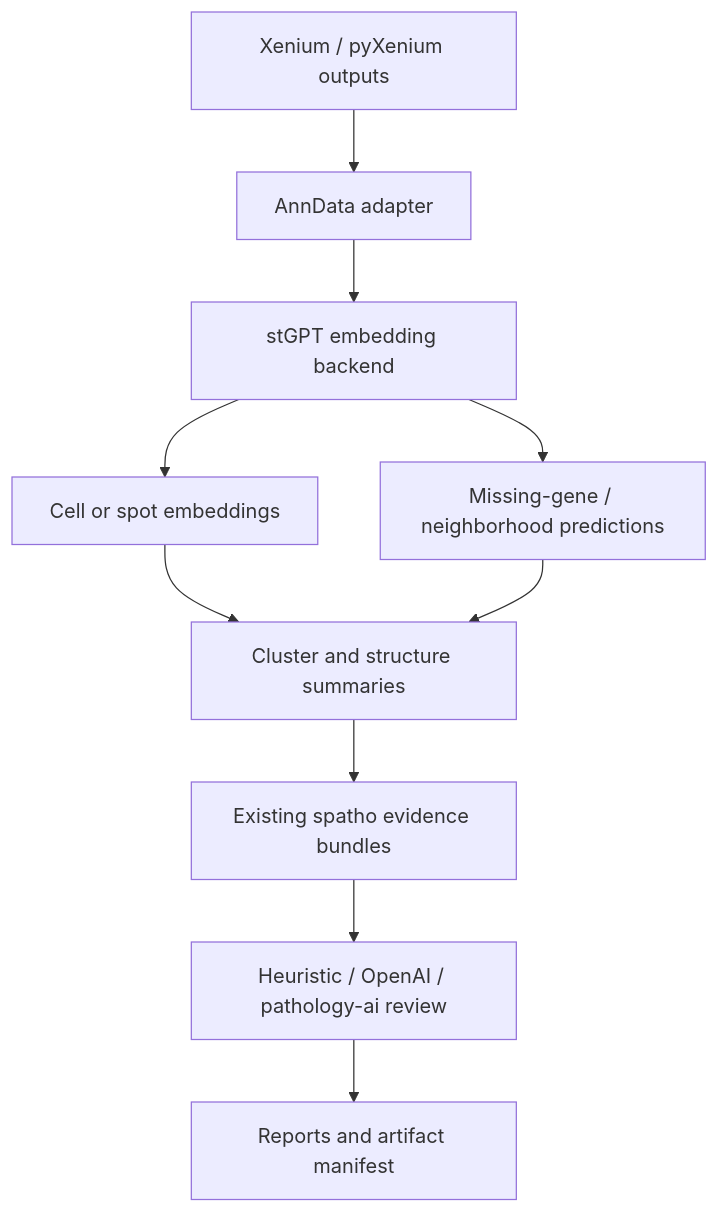
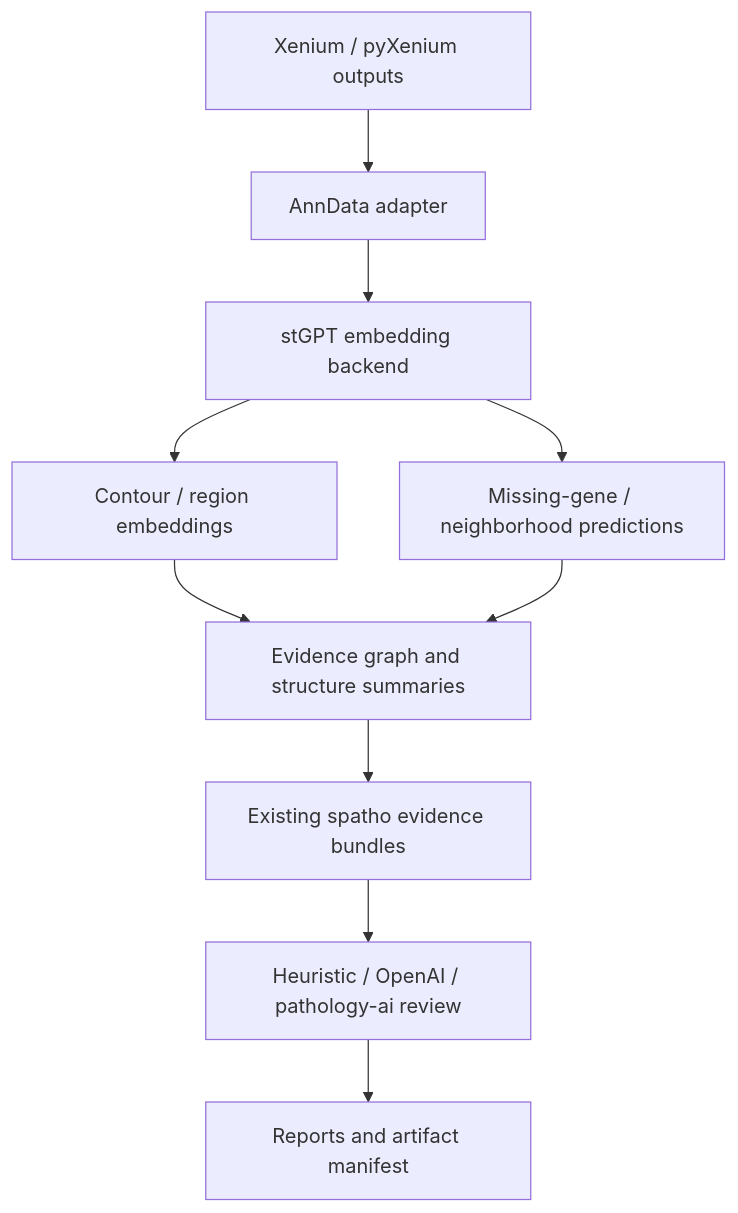
One commit to hutaobo/AI-Driven-Spatial-Pathologist changed the diagram in docs/STGPT_UPGRADE_PLAN.md. Above: the diagram before and after it, drawn with Mermaid. The commit also changed other lines of this file and 5 other files, not shown here.

````diff
--- a/docs/STGPT_UPGRADE_PLAN.md
+++ b/docs/STGPT_UPGRADE_PLAN.md
@@ -61,12 +61,12 @@
 ```mermaid
 flowchart TD
     A["Xenium / pyXenium outputs"] --> B["AnnData adapter"]
     B --> C["stGPT embedding backend"]
-    C --> D["Cell or spot embeddings"]
+    C --> D["Contour / region embeddings"]
     C --> E["Missing-gene / neighborhood predictions"]
-    D --> F["Cluster and structure summaries"]
+    D --> F["Evidence graph and structure summaries"]
     E --> F
     F --> G["Existing spatho evidence bundles"]
     G --> H["Heuristic / OpenAI / pathology-ai review"]
     H --> I["Reports and artifact manifest"]
 ```
````
